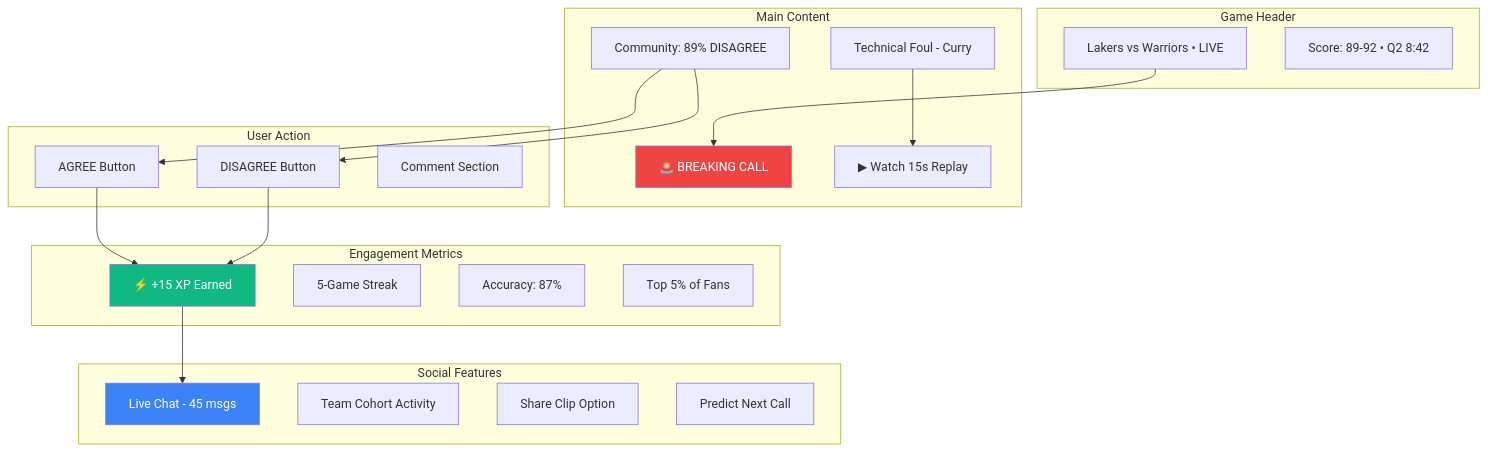
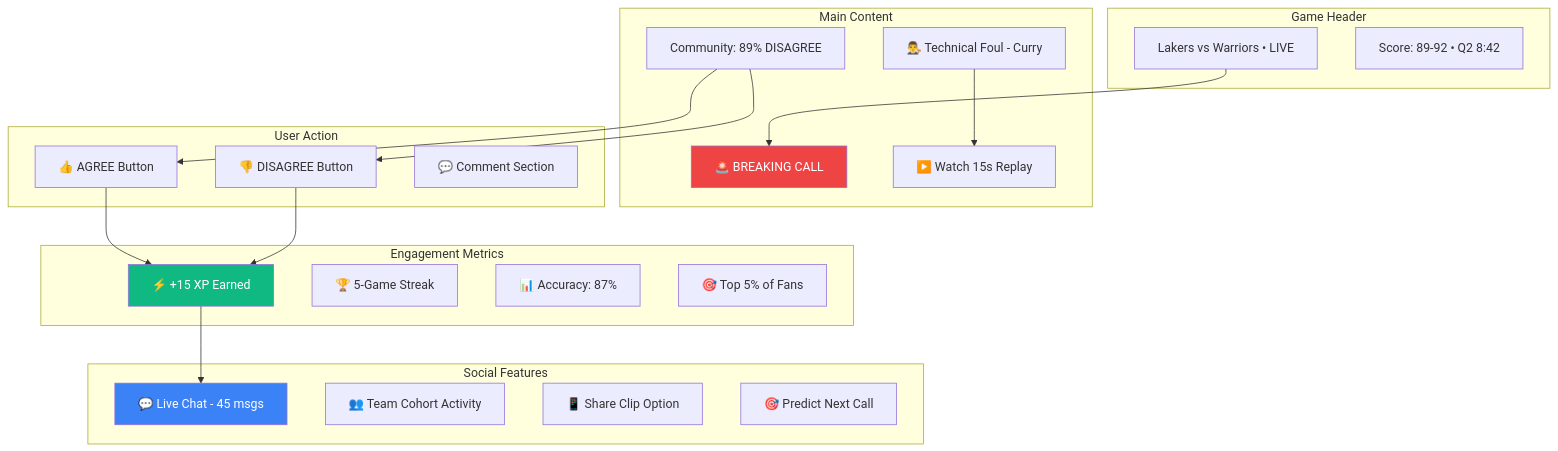
Before and after one commit to SkaFld-Ignite/ref-u-wireframes: the fourth of 9 diagrams in docs/investor-flows.md, drawn with Mermaid. The commit also changed other lines of this file and 2 other files, not shown here.

Commit message:
Restore proper emojis and add back colors to Mermaid flow charts

````diff
--- a/docs/investor-flows.md
+++ b/docs/investor-flows.md
@@ -141,46 +143,46 @@
 ```mermaid
 graph TB
     subgraph "Game Header"
         A1[Lakers vs Warriors • LIVE]
         A2[Score: 89-92 • Q2 8:42]
     end
     
     subgraph "Main Content"
         B1[🚨 BREAKING CALL]
-        B2[ Technical Foul - Curry]
-        B3[▶ Watch 15s Replay]
+        B2[👨‍⚖️ Technical Foul - Curry]
+        B3[▶️ Watch 15s Replay]
         B4[Community: 89% DISAGREE]
     end
     
     subgraph "User Action"
-        C1[ AGREE Button]
-        C2[ DISAGREE Button]
-        C3[ Comment Section]
+        C1[👍 AGREE Button]
+        C2[👎 DISAGREE Button]
+        C3[💬 Comment Section]
     end
     
     subgraph "Engagement Metrics"
         D1[⚡ +15 XP Earned]
-        D2[ 5-Game Streak]
-        D3[ Accuracy: 87%]
-        D4[ Top 5% of Fans]
+        D2[🏆 5-Game Streak]
+        D3[📊 Accuracy: 87%]
+        D4[🎯 Top 5% of Fans]
     end
     
     subgraph "Social Features"
-        E1[ Live Chat - 45 msgs]
-        E2[ Team Cohort Activity]
-        E3[ Share Clip Option]
-        E4[ Predict Next Call]
+        E1[💬 Live Chat - 45 msgs]
+        E2[👥 Team Cohort Activity]
+        E3[📱 Share Clip Option]
+        E4[🎯 Predict Next Call]
     end
     
     A1 --> B1
     B2 --> B3
     B4 --> C1
     B4 --> C2
     C1 --> D1
     C2 --> D1
     D1 --> E1
     
     style B1 fill:#ef4444,color:white
     style D1 fill:#10b981,color:white
     style E1 fill:#3b82f6,color:white
 ```
````
